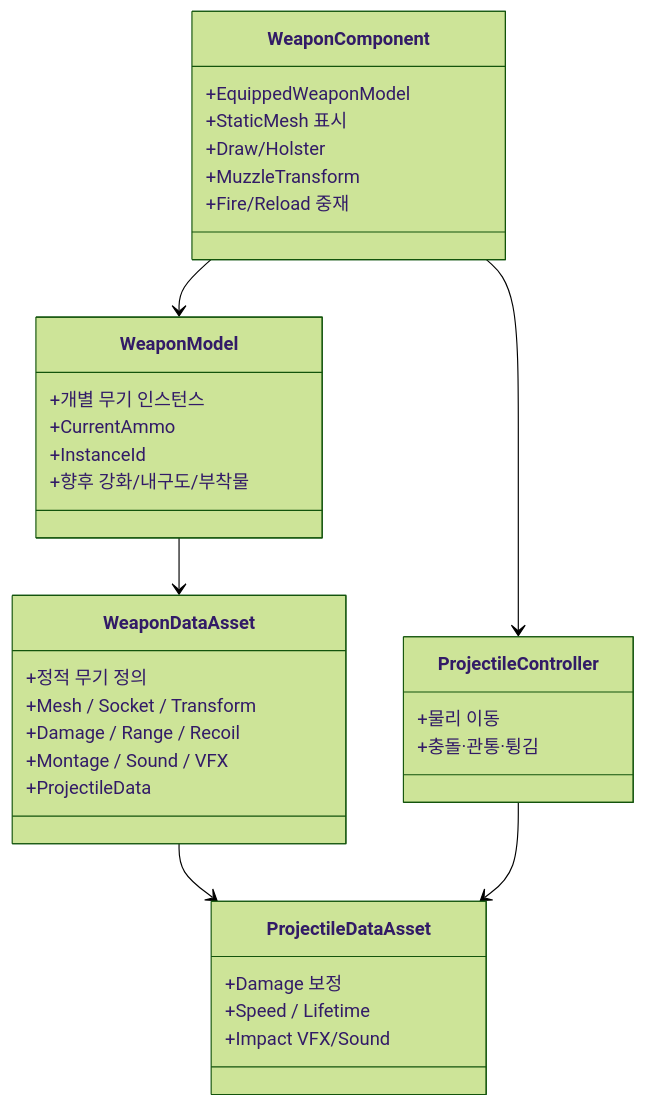
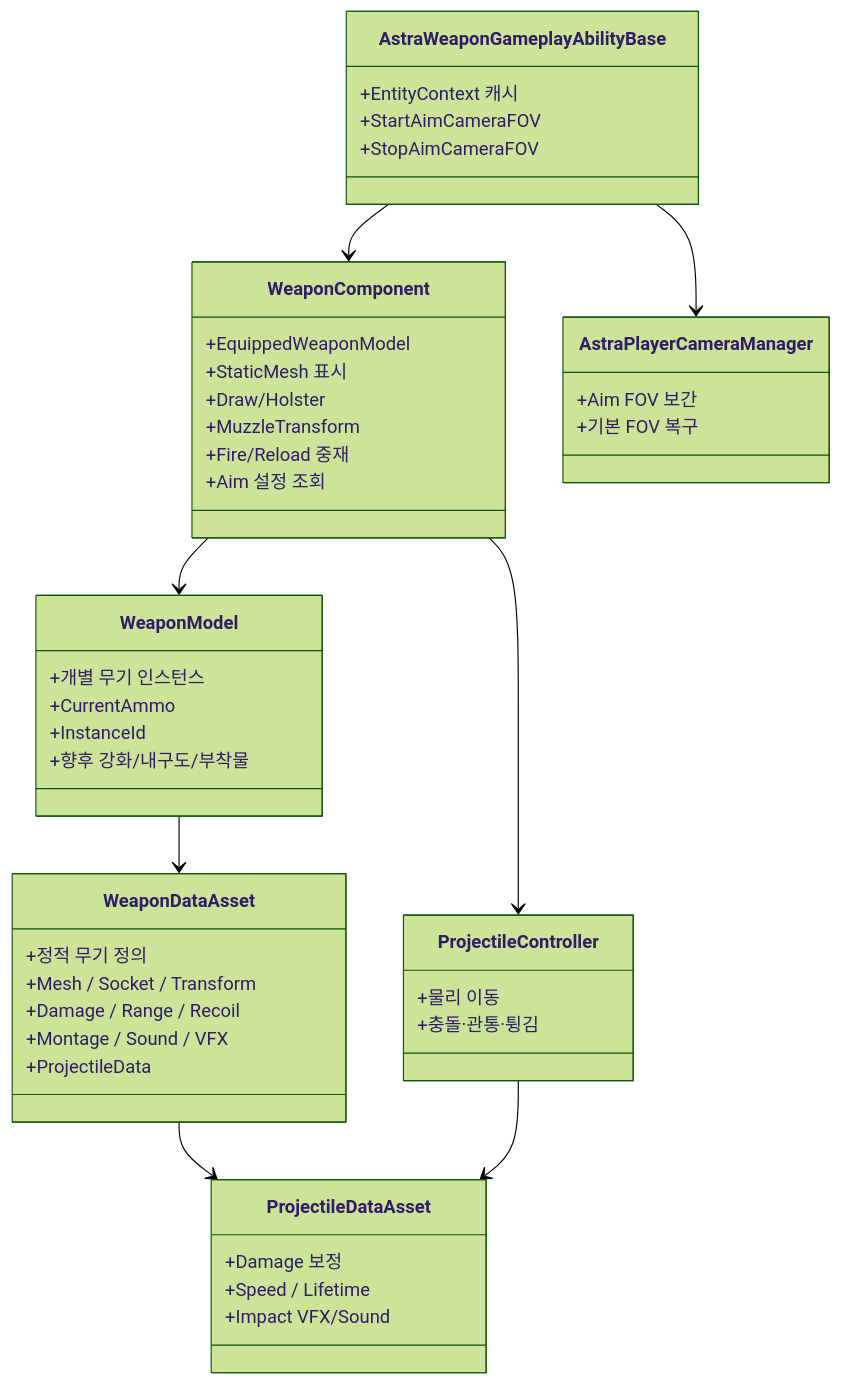
Before and after one commit to liang2papa/Astra_Docs: the first of 2 diagrams in Wiki/03_시스템 설계/무기 시스템.md, drawn with Mermaid (forest theme). The commit also changed other lines of this file and 44 other files, not shown here.

````diff
--- a/Wiki/03_시스템 설계/무기 시스템.md
+++ b/Wiki/03_시스템 설계/무기 시스템.md
@@ -14,38 +16,50 @@
 ```mermaid
 classDiagram
     class WeaponDataAsset {
         +정적 무기 정의
         +Mesh / Socket / Transform
         +Damage / Range / Recoil
         +Montage / Sound / VFX
         +ProjectileData
     }
     class WeaponModel {
         +개별 무기 인스턴스
         +CurrentAmmo
         +InstanceId
         +향후 강화/내구도/부착물
     }
     class WeaponComponent {
         +EquippedWeaponModel
         +StaticMesh 표시
         +Draw/Holster
         +MuzzleTransform
         +Fire/Reload 중재
+        +Aim 설정 조회
+    }
+    class AstraWeaponGameplayAbilityBase {
+        +EntityContext 캐시
+        +StartAimCameraFOV
+        +StopAimCameraFOV
+    }
+    class AstraPlayerCameraManager {
+        +Aim FOV 보간
+        +기본 FOV 복구
     }
     class ProjectileDataAsset {
         +Damage 보정
         +Speed / Lifetime
         +Impact VFX/Sound
     }
     class ProjectileController {
         +물리 이동
         +충돌·관통·튕김
     }
 
     WeaponModel --> WeaponDataAsset
     WeaponComponent --> WeaponModel
     WeaponDataAsset --> ProjectileDataAsset
     WeaponComponent --> ProjectileController
+    AstraWeaponGameplayAbilityBase --> WeaponComponent
+    AstraWeaponGameplayAbilityBase --> AstraPlayerCameraManager
     ProjectileController --> ProjectileDataAsset
 ```
````
